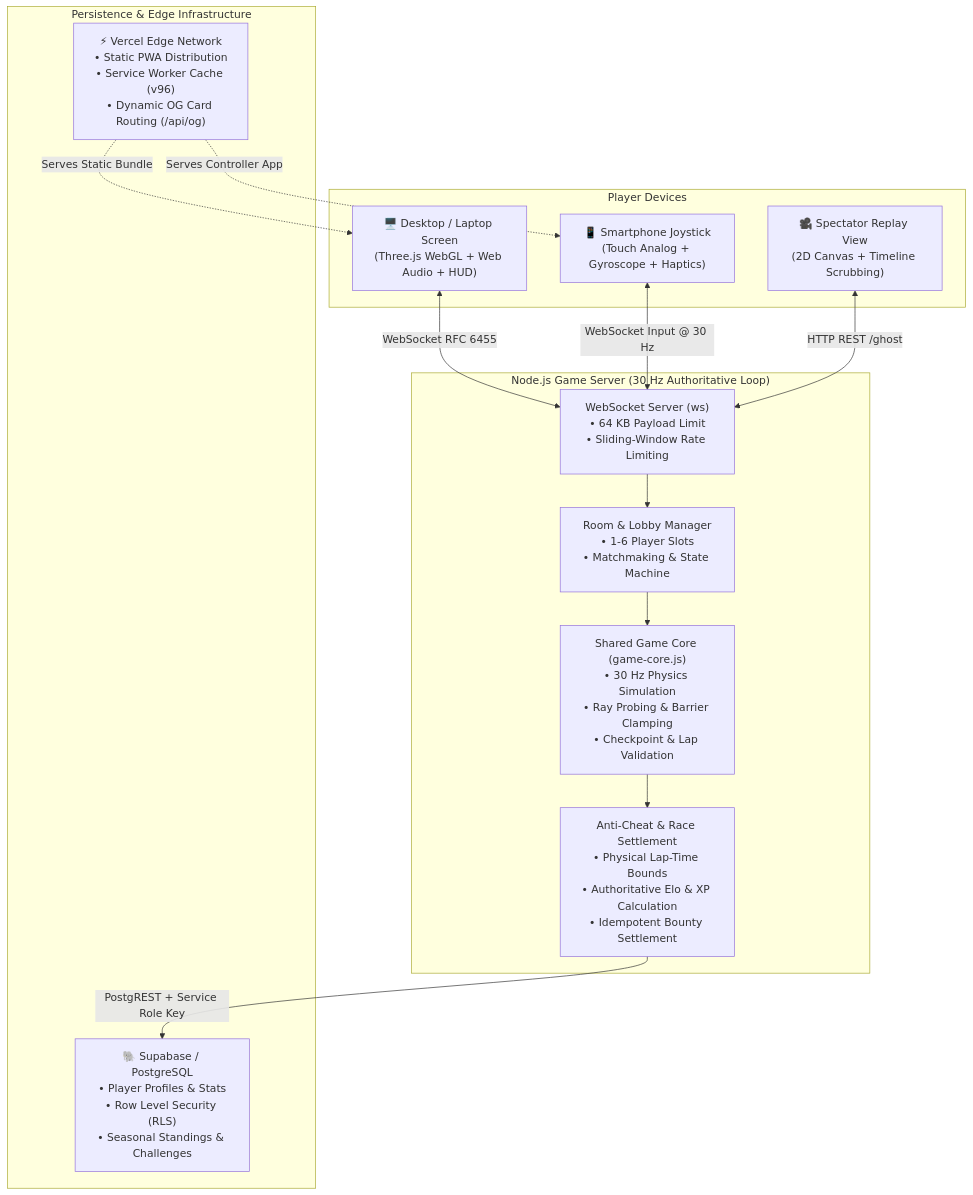
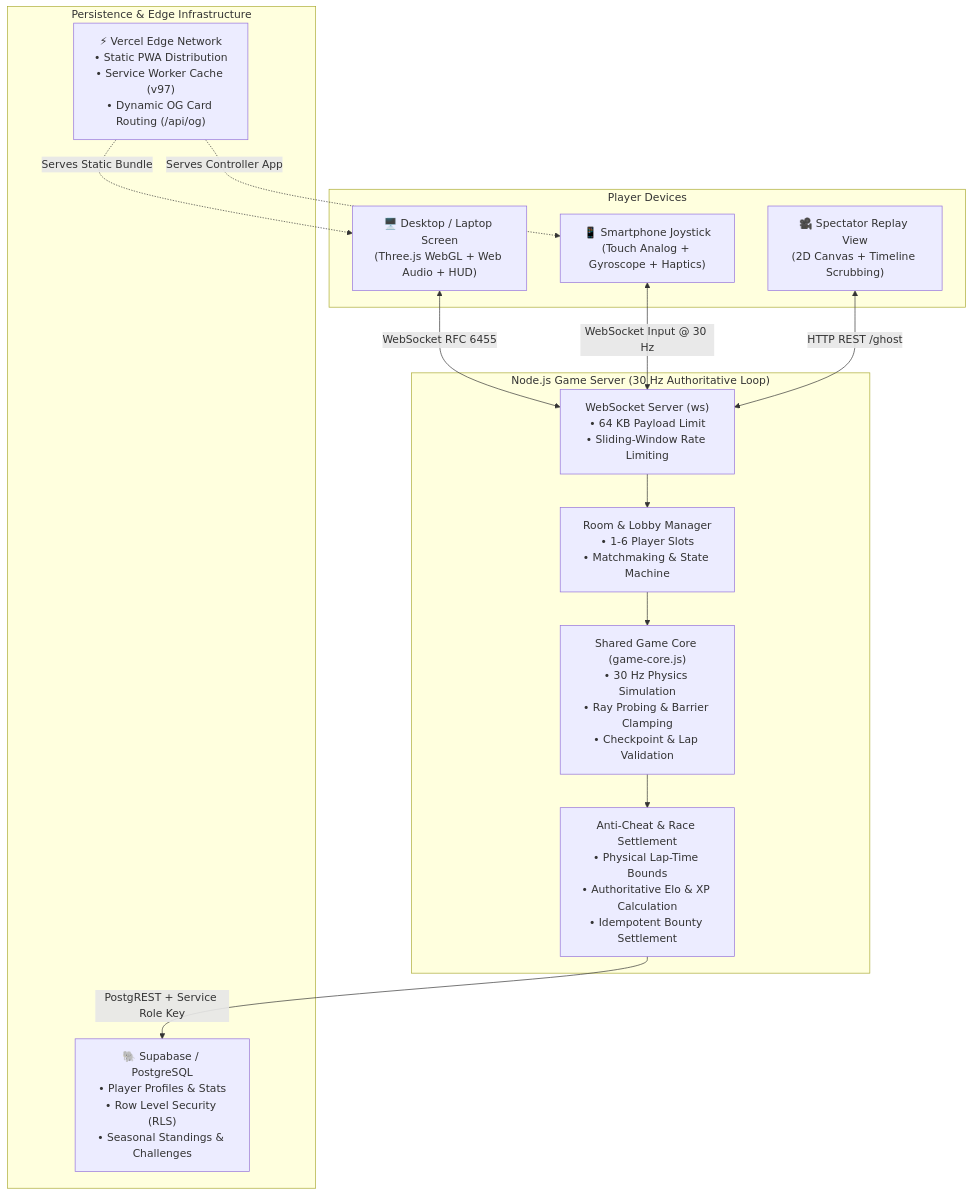
Before and after one commit to yathamsridharreddy/MULTIPLAYER-CAR-GAME: the diagram in README.md, drawn with Mermaid. The commit also changed other lines of this file and 11 other files, not shown here.

````diff
--- a/README.md
+++ b/README.md
@@ -102,30 +102,30 @@
 ```mermaid
 flowchart TD
     subgraph Clients["Player Devices"]
         Desktop["🖥️ Desktop / Laptop Screen<br/>(Three.js WebGL + Web Audio + HUD)"]
         Phone["📱 Smartphone Joystick<br/>(Touch Analog + Gyroscope + Haptics)"]
         Replay["🎥 Spectator Replay View<br/>(2D Canvas + Timeline Scrubbing)"]
     end
 
     subgraph Server["Node.js Game Server (30 Hz Authoritative Loop)"]
         WS["WebSocket Server (ws)<br/>• 64 KB Payload Limit<br/>• Sliding-Window Rate Limiting"]
         RoomMgr["Room & Lobby Manager<br/>• 1-6 Player Slots<br/>• Matchmaking & State Machine"]
         Physics["Shared Game Core (game-core.js)<br/>• 30 Hz Physics Simulation<br/>• Ray Probing & Barrier Clamping<br/>• Checkpoint & Lap Validation"]
         AntiCheat["Anti-Cheat & Race Settlement<br/>• Physical Lap-Time Bounds<br/>• Authoritative Elo & XP Calculation<br/>• Idempotent Bounty Settlement"]
     end
 
     subgraph Storage["Persistence & Edge Infrastructure"]
         Supabase["🐘 Supabase / PostgreSQL<br/>• Player Profiles & Stats<br/>• Row Level Security (RLS)<br/>• Seasonal Standings & Challenges"]
-        Vercel["⚡ Vercel Edge Network<br/>• Static PWA Distribution<br/>• Service Worker Cache (v96)<br/>• Dynamic OG Card Routing (/api/og)"]
+        Vercel["⚡ Vercel Edge Network<br/>• Static PWA Distribution<br/>• Service Worker Cache (v97)<br/>• Dynamic OG Card Routing (/api/og)"]
     end
 
     Desktop <-->|WebSocket RFC 6455| WS
     Phone <-->|WebSocket Input @ 30 Hz| WS
     Replay <-->|HTTP REST /ghost| WS
     WS --> RoomMgr
     RoomMgr --> Physics
     Physics --> AntiCheat
     AntiCheat -->|PostgREST + Service Role Key| Supabase
     Vercel -.->|Serves Static Bundle| Desktop
     Vercel -.->|Serves Controller App| Phone
 ```
````
